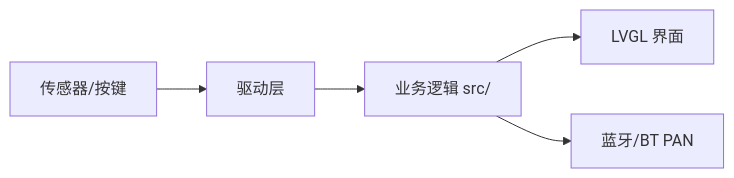
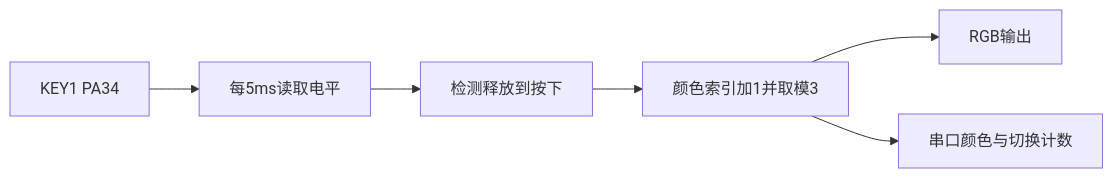
The diagram in docs/02-方案设计说明.md (yby2024211469-art/course-starter-t0-t1), drawn with Mermaid before and after one commit. The commit also changed other lines of this file and 1 other file, not shown here.

````diff
--- a/docs/02-方案设计说明.md
+++ b/docs/02-方案设计说明.md
@@ -28,7 +11,8 @@
 ```mermaid
 flowchart LR
-    SENSOR[传感器/按键] --> DRV[驱动层]
-    DRV --> LOGIC[业务逻辑 src/]
-    LOGIC --> UI[LVGL 界面]
-    LOGIC --> BT[蓝牙/BT PAN]
+    K[KEY1 PA34] --> P[每5ms读取电平]
+    P --> E[检测释放到按下]
+    E --> C[颜色索引加1并取模3]
+    C --> L[RGB输出]
+    C --> S[串口颜色与切换计数]
 ```
````
